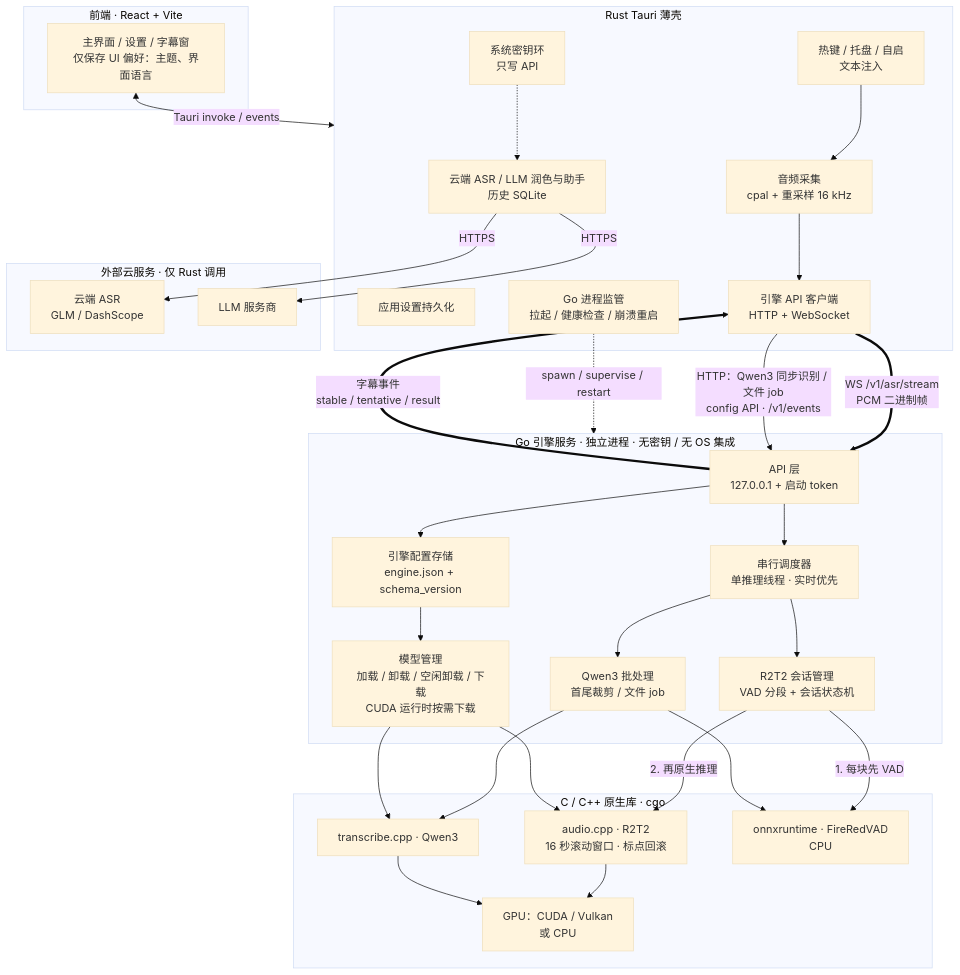
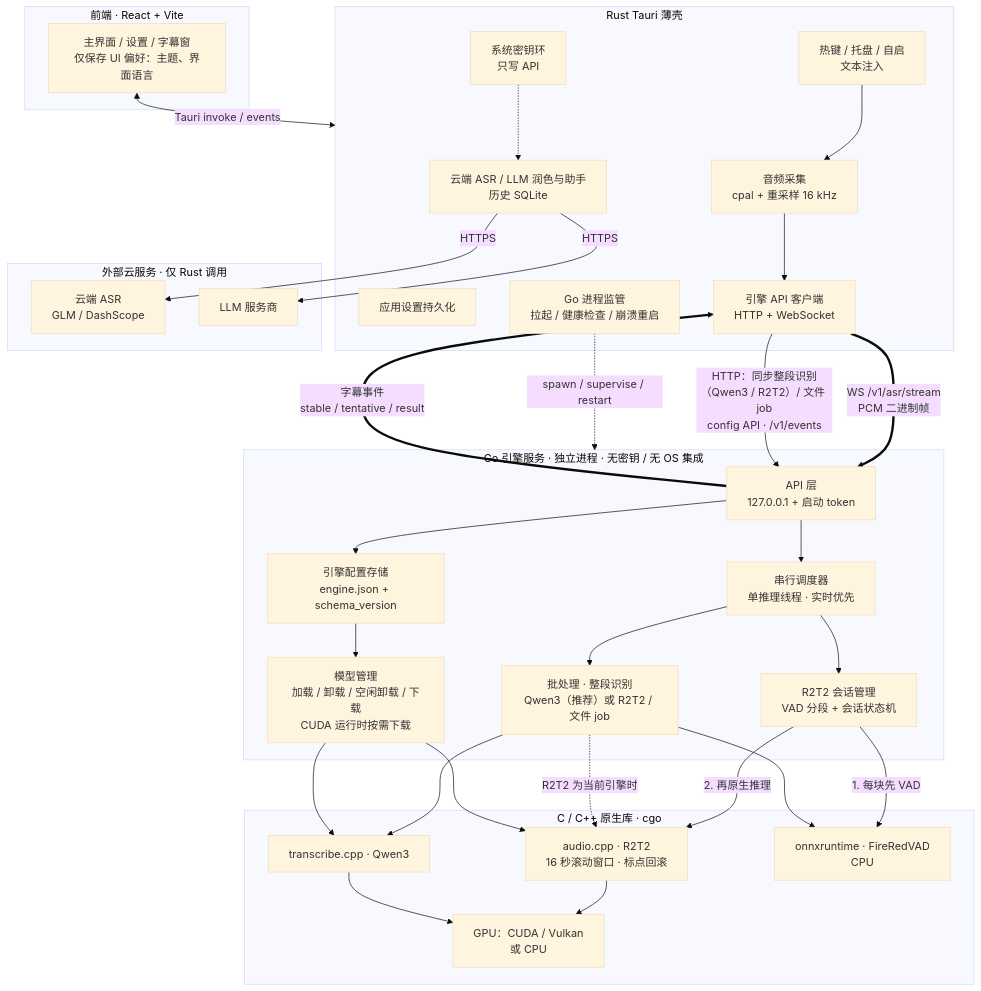
One commit to SenkjM/light-whisper changed the first of 3 diagrams in docs/command-cube/PLAN.md. Above: the diagram before and after it, drawn with Mermaid (base theme). The commit also changed other lines of this file and 2 other files, not shown here.

Commit message:
docs: batch transcription available with either engine (PLAN §4.5, API contract)

````diff
--- a/docs/command-cube/PLAN.md
+++ b/docs/command-cube/PLAN.md
@@ -83,62 +83,63 @@
 ```mermaid
 flowchart TB
   subgraph FE["前端 · React + Vite"]
     UI["主界面 / 设置 / 字幕窗<br/>仅保存 UI 偏好：主题、界面语言"]
   end
 
   subgraph SH["Rust Tauri 薄壳"]
     CAP["音频采集<br/>cpal + 重采样 16 kHz"]
     SYS["热键 / 托盘 / 自启<br/>文本注入"]
     APP["云端 ASR / LLM 润色与助手<br/>历史 SQLite"]
     SET["应用设置持久化"]
     KEY["系统密钥环<br/>只写 API"]
     SUP["Go 进程监管<br/>拉起 / 健康检查 / 崩溃重启"]
     CLI["引擎 API 客户端<br/>HTTP + WebSocket"]
   end
 
   subgraph CLOUD["外部云服务 · 仅 Rust 调用"]
     CASR["云端 ASR<br/>GLM / DashScope"]
     LLM["LLM 服务商"]
   end
 
   subgraph GO["Go 引擎服务 · 独立进程 · 无密钥 / 无 OS 集成"]
     API["API 层<br/>127.0.0.1 + 启动 token"]
     SCHED["串行调度器<br/>单推理线程 · 实时优先"]
     SESS["R2T2 会话管理<br/>VAD 分段 + 会话状态机"]
-    BATCH["Qwen3 批处理<br/>首尾裁剪 / 文件 job"]
+    BATCH["批处理 · 整段识别<br/>Qwen3（推荐）或 R2T2 / 文件 job"]
     CFG["引擎配置存储<br/>engine.json + schema_version"]
     MM["模型管理<br/>加载 / 卸载 / 空闲卸载 / 下载<br/>CUDA 运行时按需下载"]
   end
 
   subgraph NATIVE["C / C++ 原生库 · cgo"]
     R2["audio.cpp · R2T2<br/>16 秒滚动窗口 · 标点回滚"]
     QW["transcribe.cpp · Qwen3"]
     VAD["onnxruntime · FireRedVAD<br/>CPU"]
     HW["GPU：CUDA / Vulkan<br/>或 CPU"]
   end
 
   UI <-->|"Tauri invoke / events"| SH
   CAP --> CLI
   SYS --> CAP
   KEY -.-> APP
   APP -->|"HTTPS"| CASR
   APP -->|"HTTPS"| LLM
   SUP -.->|"spawn / supervise / restart"| GO
   CLI ==>|"WS /v1/asr/stream<br/>PCM 二进制帧"| API
   API ==>|"字幕事件<br/>stable / tentative / result"| CLI
-  CLI -->|"HTTP：Qwen3 同步识别 / 文件 job<br/>config API · /v1/events"| API
+  CLI -->|"HTTP：同步整段识别（Qwen3 / R2T2）/ 文件 job<br/>config API · /v1/events"| API
 
   API --> SCHED
   API --> CFG
   CFG --> MM
   SCHED --> SESS
   SCHED --> BATCH
   SESS -->|"1. 每块先 VAD"| VAD
   SESS -->|"2. 再原生推理"| R2
   BATCH --> VAD
   BATCH --> QW
+  BATCH -.->|"R2T2 为当前引擎时"| R2
   MM --> R2
   MM --> QW
   R2 --> HW
   QW --> HW
 ```
````
